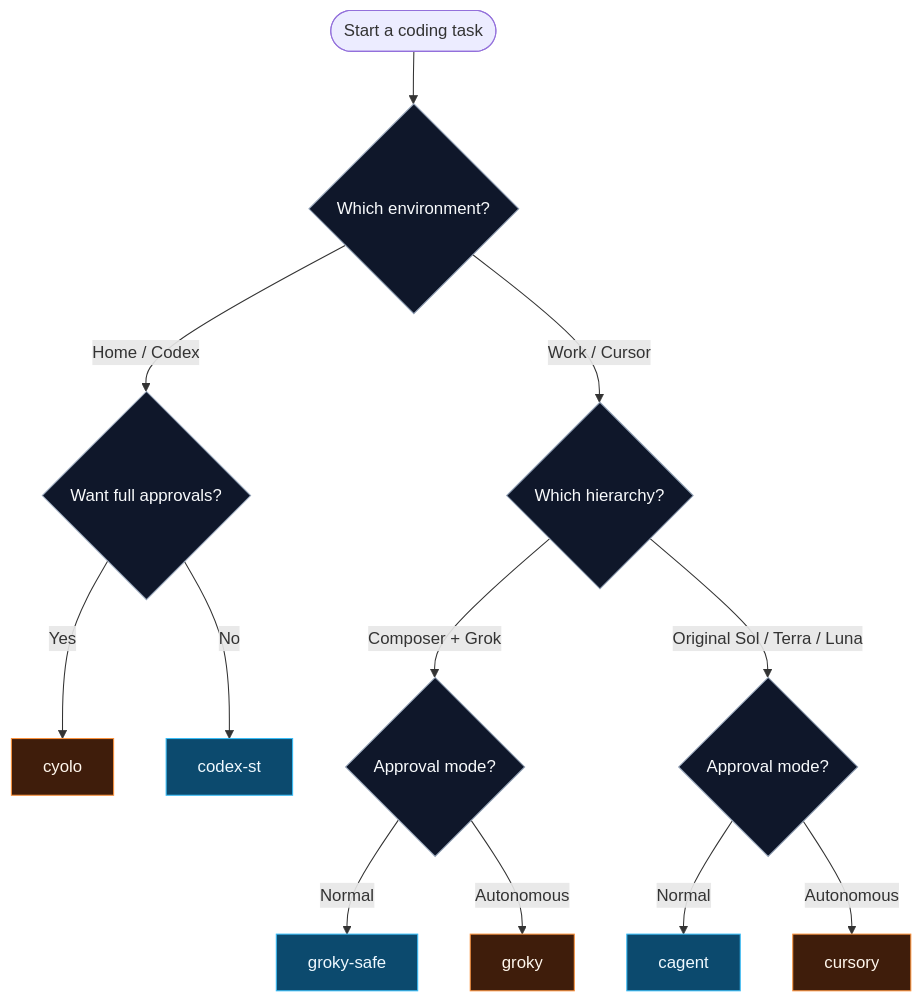
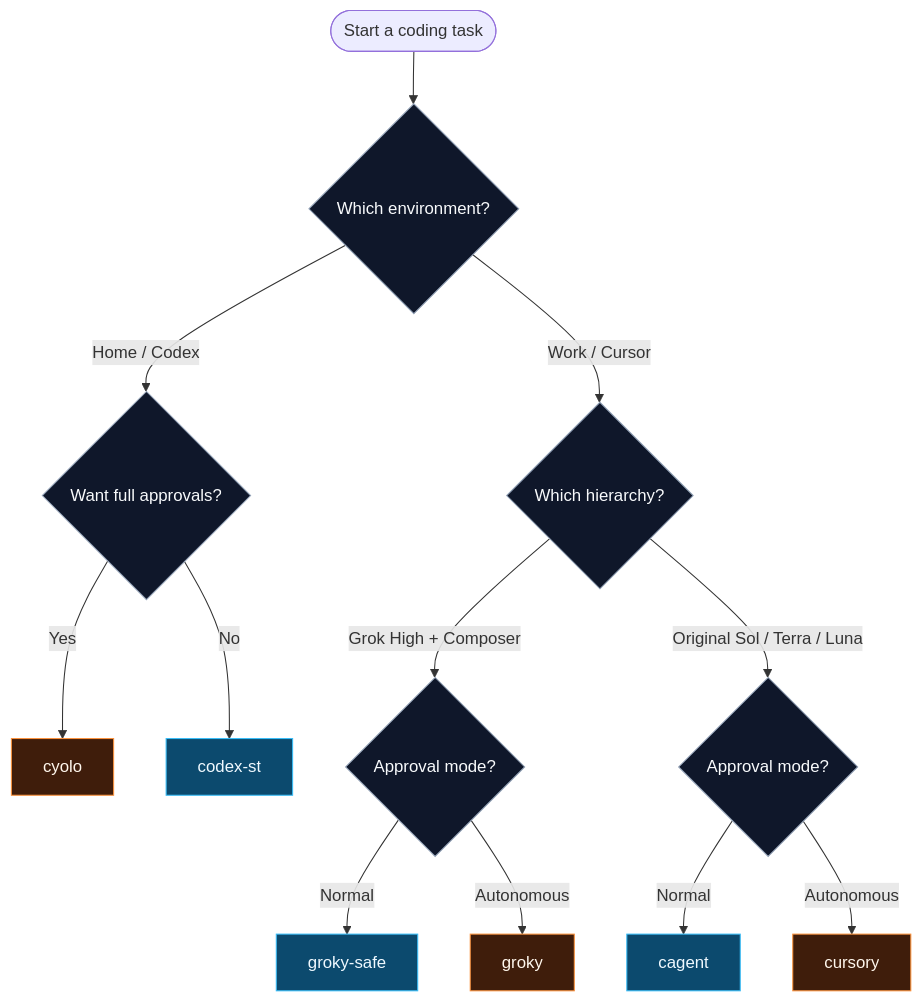
The second of 5 diagrams in README.md (Mahdi451/ai-cli-dotfiles), drawn with Mermaid before and after one commit. The commit also changed other lines of this file and 15 other files, not shown here.

First line of the commit message:
Make Grok 4.6 High the Groky parent.

````diff
--- a/README.md
+++ b/README.md
@@ -47,26 +47,26 @@
 ```mermaid
 flowchart TD
     START([Start a coding task]) --> WHERE{Which environment?}
 
     WHERE -->|Home / Codex| GPTRISK{Want full approvals?}
     WHERE -->|Work / Cursor| CURSORSTYLE{Which hierarchy?}
 
     GPTRISK -->|Yes| CYOLO[cyolo]
     GPTRISK -->|No| CST[codex-st]
 
-    CURSORSTYLE -->|Composer + Grok| GROKAPP{Approval mode?}
+    CURSORSTYLE -->|Grok High + Composer| GROKAPP{Approval mode?}
     CURSORSTYLE -->|Original Sol / Terra / Luna| OLDAPP{Approval mode?}
 
     GROKAPP -->|Normal| GSAFE[groky-safe]
     GROKAPP -->|Autonomous| GROKY[groky]
 
     OLDAPP -->|Normal| CAGENT[cagent]
     OLDAPP -->|Autonomous| CURSORY[cursory]
 
     classDef decision fill:#0f172a,stroke:#94a3b8,color:#f8fafc;
     classDef safe fill:#0c4a6e,stroke:#38bdf8,color:#f0f9ff;
     classDef auto fill:#3f1d0b,stroke:#fb923c,color:#fff7ed;
     class WHERE,GPTRISK,CURSORSTYLE,GROKAPP,OLDAPP decision;
     class CST,GSAFE,CAGENT safe;
     class CYOLO,GROKY,CURSORY auto;
 ```
````
